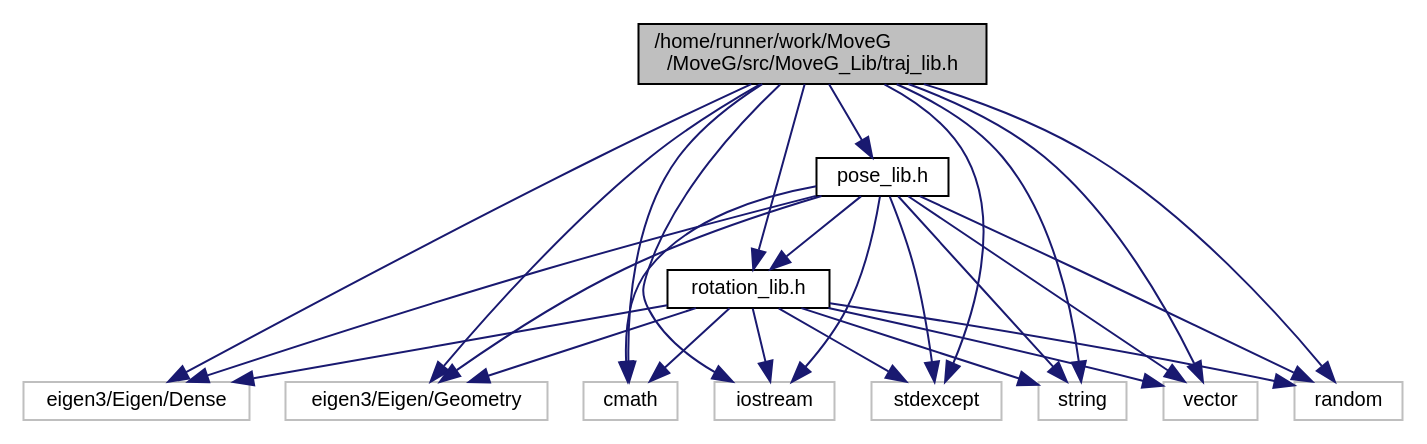
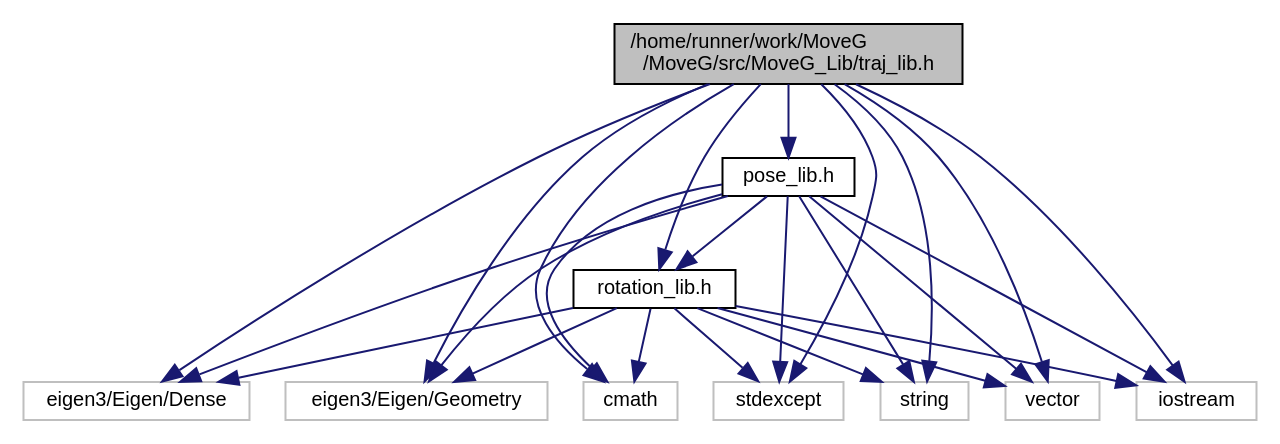
One commit to GiorgioMedico/MoveG changed the diagram in traj__lib_8h__incl.dot. Above: the diagram before and after it, drawn with Graphviz. The commit also changed 46 other files, not shown here.

```diff
--- a/traj__lib_8h__incl.dot
+++ b/traj__lib_8h__incl.dot
@@ -1,44 +1,40 @@
 digraph "/home/runner/work/MoveG/MoveG/src/MoveG_Lib/traj_lib.h"
 {
  // LATEX_PDF_SIZE
   edge [fontname="Helvetica",fontsize="10",labelfontname="Helvetica",labelfontsize="10"];
   node [fontname="Helvetica",fontsize="10",shape=record];
   Node1 [label="/home/runner/work/MoveG\l/MoveG/src/MoveG_Lib/traj_lib.h",height=0.2,width=0.4,color="black", fillcolor="grey75", style="filled", fontcolor="black",tooltip="Classe per la rappresentazione di Traiettorie."];
   Node1 -> Node2 [color="midnightblue",fontsize="10",style="solid",fontname="Helvetica"];
   Node2 [label="eigen3/Eigen/Dense",height=0.2,width=0.4,color="grey75", fillcolor="white", style="filled",tooltip=" "];
   Node1 -> Node3 [color="midnightblue",fontsize="10",style="solid",fontname="Helvetica"];
   Node3 [label="eigen3/Eigen/Geometry",height=0.2,width=0.4,color="grey75", fillcolor="white", style="filled",tooltip=" "];
   Node1 -> Node4 [color="midnightblue",fontsize="10",style="solid",fontname="Helvetica"];
   Node4 [label="cmath",height=0.2,width=0.4,color="grey75", fillcolor="white", style="filled",tooltip=" "];
   Node1 -> Node5 [color="midnightblue",fontsize="10",style="solid",fontname="Helvetica"];
   Node5 [label="iostream",height=0.2,width=0.4,color="grey75", fillcolor="white", style="filled",tooltip=" "];
   Node1 -> Node6 [color="midnightblue",fontsize="10",style="solid",fontname="Helvetica"];
-  Node6 [label="random",height=0.2,width=0.4,color="grey75", fillcolor="white", style="filled",tooltip=" "];
+  Node6 [label="stdexcept",height=0.2,width=0.4,color="grey75", fillcolor="white", style="filled",tooltip=" "];
   Node1 -> Node7 [color="midnightblue",fontsize="10",style="solid",fontname="Helvetica"];
-  Node7 [label="stdexcept",height=0.2,width=0.4,color="grey75", fillcolor="white", style="filled",tooltip=" "];
+  Node7 [label="string",height=0.2,width=0.4,color="grey75", fillcolor="white", style="filled",tooltip=" "];
   Node1 -> Node8 [color="midnightblue",fontsize="10",style="solid",fontname="Helvetica"];
-  Node8 [label="string",height=0.2,width=0.4,color="grey75", fillcolor="white", style="filled",tooltip=" "];
+  Node8 [label="vector",height=0.2,width=0.4,color="grey75", fillcolor="white", style="filled",tooltip=" "];
   Node1 -> Node9 [color="midnightblue",fontsize="10",style="solid",fontname="Helvetica"];
-  Node9 [label="vector",height=0.2,width=0.4,color="grey75", fillcolor="white", style="filled",tooltip=" "];
-  Node1 -> Node10 [color="midnightblue",fontsize="10",style="solid",fontname="Helvetica"];
-  Node10 [label="pose_lib.h",height=0.2,width=0.4,color="black", fillcolor="white", style="filled",URL="$pose__lib_8h.html",tooltip="Classe per la rappresentazione di Pose."];
+  Node9 [label="pose_lib.h",height=0.2,width=0.4,color="black", fillcolor="white", style="filled",URL="$pose__lib_8h.html",tooltip="Classe per la rappresentazione di Pose."];
+  Node9 -> Node2 [color="midnightblue",fontsize="10",style="solid",fontname="Helvetica"];
+  Node9 -> Node3 [color="midnightblue",fontsize="10",style="solid",fontname="Helvetica"];
+  Node9 -> Node4 [color="midnightblue",fontsize="10",style="solid",fontname="Helvetica"];
+  Node9 -> Node5 [color="midnightblue",fontsize="10",style="solid",fontname="Helvetica"];
+  Node9 -> Node6 [color="midnightblue",fontsize="10",style="solid",fontname="Helvetica"];
+  Node9 -> Node7 [color="midnightblue",fontsize="10",style="solid",fontname="Helvetica"];
+  Node9 -> Node8 [color="midnightblue",fontsize="10",style="solid",fontname="Helvetica"];
+  Node9 -> Node10 [color="midnightblue",fontsize="10",style="solid",fontname="Helvetica"];
+  Node10 [label="rotation_lib.h",height=0.2,width=0.4,color="black", fillcolor="white", style="filled",URL="$rotation__lib_8h.html",tooltip="Classe per la rappresentazione e manipolazione di rotazioni in 3D."];
   Node10 -> Node2 [color="midnightblue",fontsize="10",style="solid",fontname="Helvetica"];
   Node10 -> Node3 [color="midnightblue",fontsize="10",style="solid",fontname="Helvetica"];
   Node10 -> Node4 [color="midnightblue",fontsize="10",style="solid",fontname="Helvetica"];
   Node10 -> Node5 [color="midnightblue",fontsize="10",style="solid",fontname="Helvetica"];
   Node10 -> Node6 [color="midnightblue",fontsize="10",style="solid",fontname="Helvetica"];
   Node10 -> Node7 [color="midnightblue",fontsize="10",style="solid",fontname="Helvetica"];
   Node10 -> Node8 [color="midnightblue",fontsize="10",style="solid",fontname="Helvetica"];
-  Node10 -> Node9 [color="midnightblue",fontsize="10",style="solid",fontname="Helvetica"];
-  Node10 -> Node11 [color="midnightblue",fontsize="10",style="solid",fontname="Helvetica"];
-  Node11 [label="rotation_lib.h",height=0.2,width=0.4,color="black", fillcolor="white", style="filled",URL="$rotation__lib_8h.html",tooltip="Classe per la rappresentazione e manipolazione di rotazioni in 3D."];
-  Node11 -> Node2 [color="midnightblue",fontsize="10",style="solid",fontname="Helvetica"];
-  Node11 -> Node3 [color="midnightblue",fontsize="10",style="solid",fontname="Helvetica"];
-  Node11 -> Node4 [color="midnightblue",fontsize="10",style="solid",fontname="Helvetica"];
-  Node11 -> Node5 [color="midnightblue",fontsize="10",style="solid",fontname="Helvetica"];
-  Node11 -> Node6 [color="midnightblue",fontsize="10",style="solid",fontname="Helvetica"];
-  Node11 -> Node7 [color="midnightblue",fontsize="10",style="solid",fontname="Helvetica"];
-  Node11 -> Node8 [color="midnightblue",fontsize="10",style="solid",fontname="Helvetica"];
-  Node11 -> Node9 [color="midnightblue",fontsize="10",style="solid",fontname="Helvetica"];
-  Node1 -> Node11 [color="midnightblue",fontsize="10",style="solid",fontname="Helvetica"];
+  Node1 -> Node10 [color="midnightblue",fontsize="10",style="solid",fontname="Helvetica"];
 }
```
